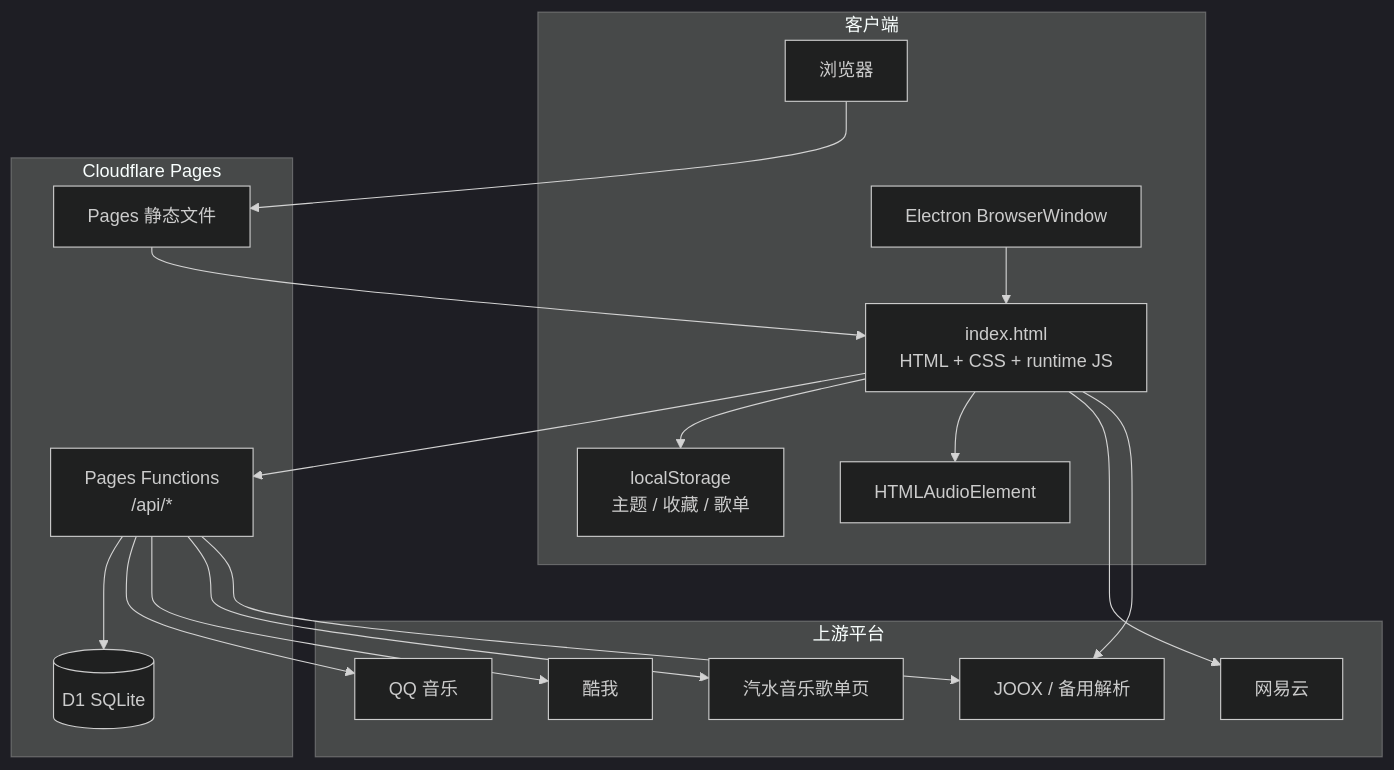
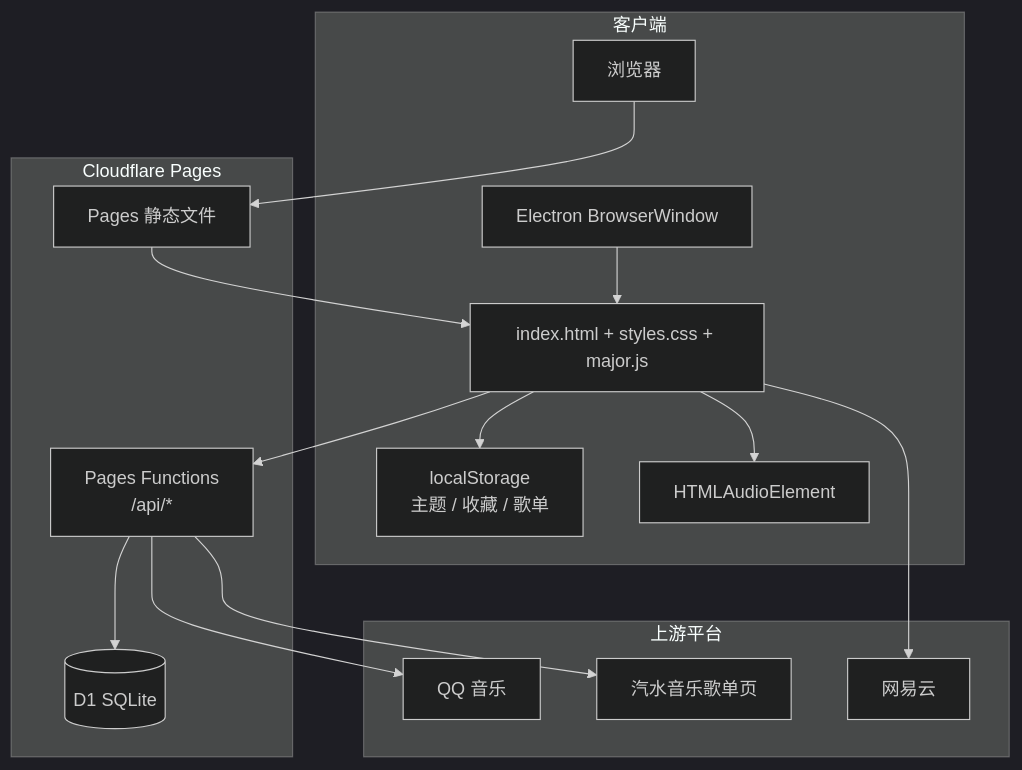
Before and after one commit to zhoujungis/halo_music: the second of 4 diagrams in README.md, drawn with Mermaid (dark theme). The commit also changed other lines of this file and 22 other files, not shown here.

````diff
--- a/README.md
+++ b/README.md
@@ -74,35 +75,30 @@
 ```mermaid
 flowchart TB
     subgraph Client[客户端]
         Browser[浏览器]
         Electron[Electron BrowserWindow]
-        UI[index.html\nHTML + CSS + runtime JS]
+        UI[index.html + styles.css + major.js]
         Audio[HTMLAudioElement]
         Local[localStorage\n主题 / 收藏 / 歌单]
     end
     subgraph Cloudflare[Cloudflare Pages]
         Static[Pages 静态文件]
         Functions[Pages Functions\n/api/*]
         D1[(D1 SQLite)]
     end
     subgraph Providers[上游平台]
         Netease[网易云]
         QQ[QQ 音乐]
-        Kuwo[酷我]
-        Joox[JOOX / 备用解析]
         Qishui[汽水音乐歌单页]
     end
     Browser --> Static
     Electron --> UI
     Static --> UI
     UI --> Functions
     UI --> Local
     UI --> Audio
     Functions --> D1
     Functions --> QQ
-    Functions --> Kuwo
     Functions --> Qishui
     UI --> Netease
-    UI --> Joox
-    Functions --> Joox
 ```
````
